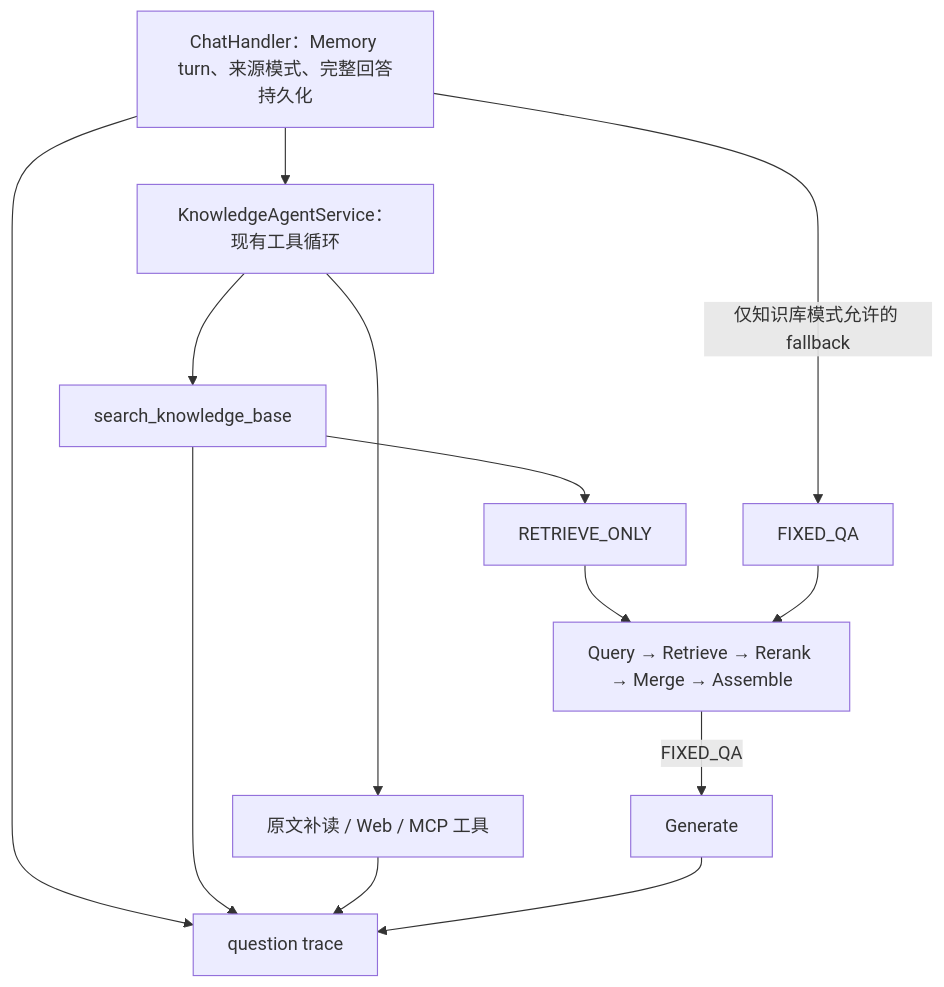
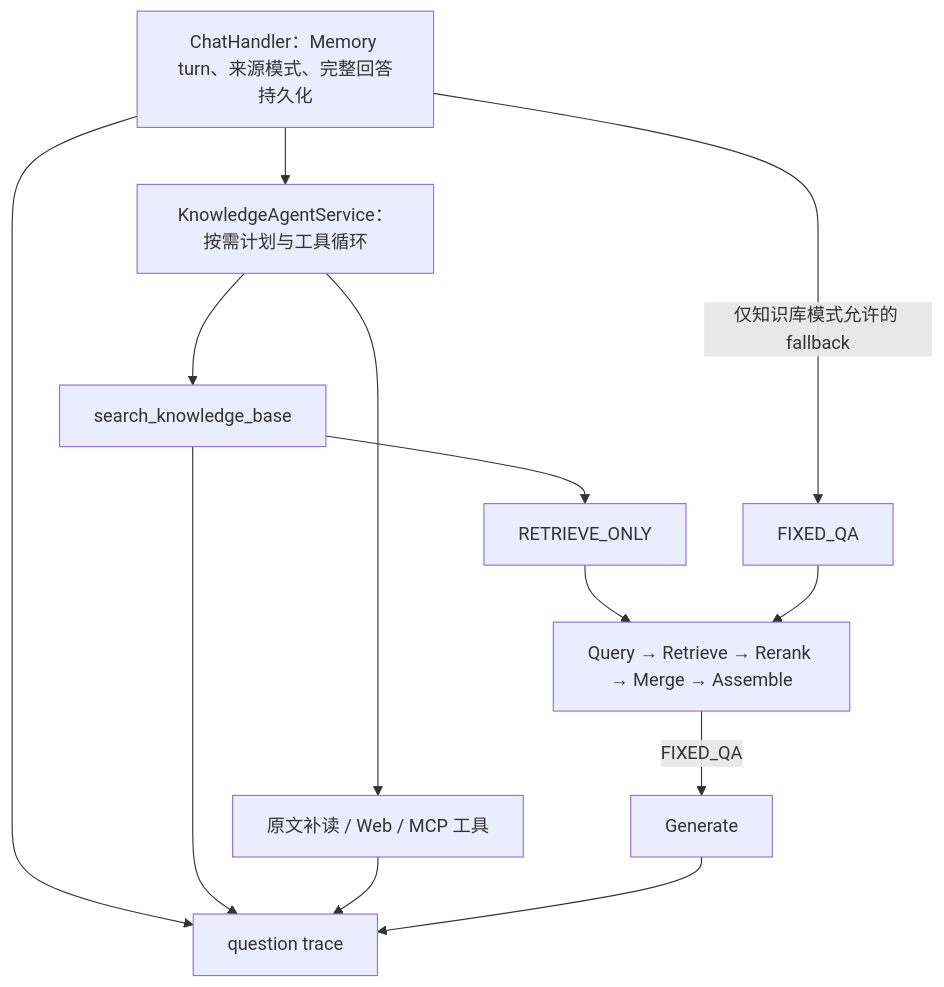
One commit to ye213116/yeRAG changed the diagram in docs/rag-pipeline.md. Above: the diagram before and after it, drawn with Mermaid. The commit also changed other lines of this file and 42 other files, not shown here.

````diff
--- a/docs/rag-pipeline.md
+++ b/docs/rag-pipeline.md
@@ -7,15 +7,15 @@
 ```mermaid
 flowchart TD
-    H[ChatHandler：Memory turn、来源模式、完整回答持久化] --> A[KnowledgeAgentService：现有工具循环]
+    H[ChatHandler：Memory turn、来源模式、完整回答持久化] --> A[KnowledgeAgentService：按需计划与工具循环]
     A --> T[search_knowledge_base]
     T --> R[RETRIEVE_ONLY]
     H -->|仅知识库模式允许的 fallback| Q[FIXED_QA]
     R --> S[Query → Retrieve → Rerank → Merge → Assemble]
     Q --> S
     S -->|FIXED_QA| G[Generate]
     A --> D[原文补读 / Web / MCP 工具]
     H --> E[question trace]
     T --> E
     D --> E
     G --> E
 ```
````
